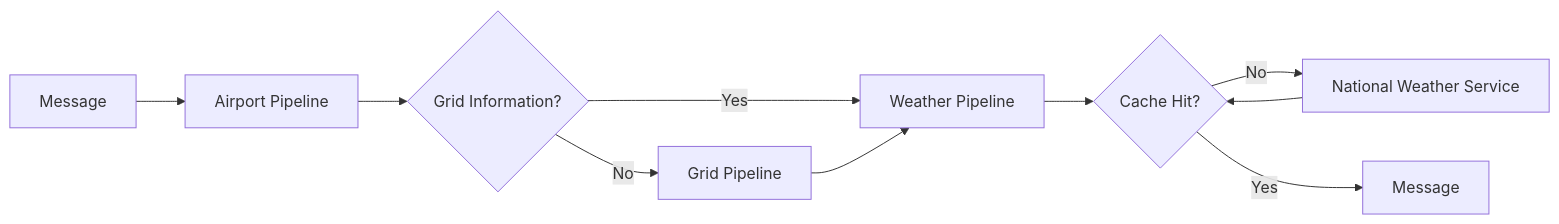
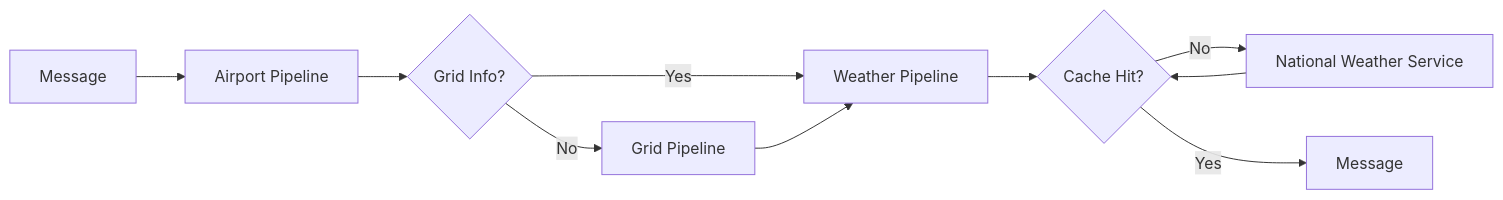
One commit to anthonyshull/elixir-capstone changed the diagram in README.md. Above: the diagram before and after it, drawn with Mermaid. The commit also changed other lines of this file and 7 other files, not shown here.

````diff
--- a/README.md
+++ b/README.md
@@ -12,12 +12,12 @@
 ```mermaid
 flowchart LR
   A[Message] --> B[Airport Pipeline]
-  B --> C{Grid Information?}
+  B --> C{Grid Info?}
   C --> |No| D[Grid Pipeline]
   C --> |Yes| E[Weather Pipeline]
   D --> E
   E --> F{Cache Hit?}
   F --> |No| G[National Weather Service]
   G --> F
   F --> |Yes| H[Message]
 ```
````
